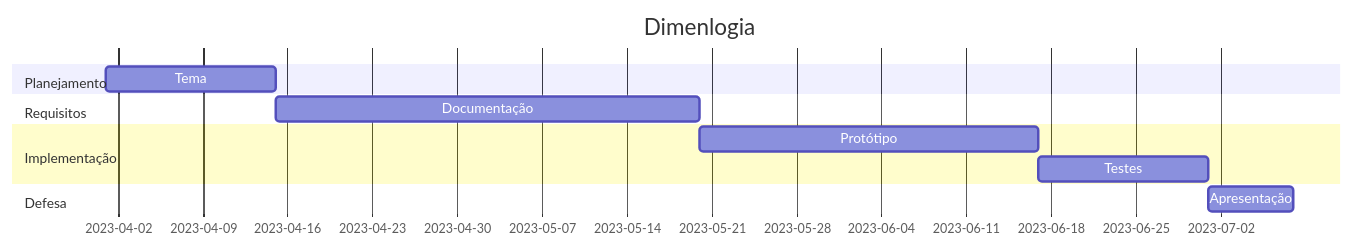
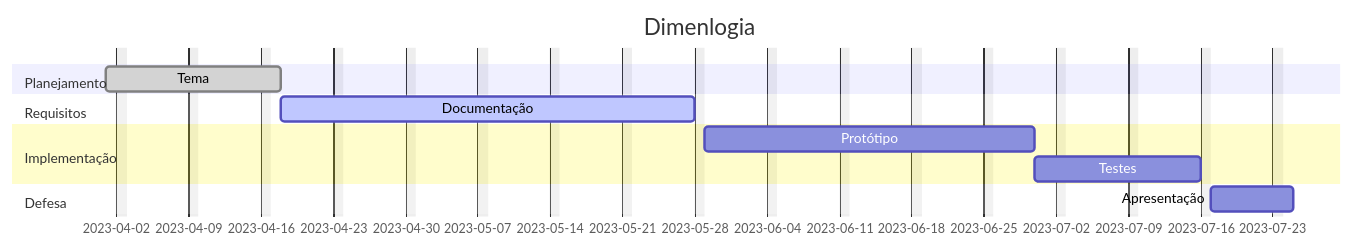
The diagram in README.md (marcilio-freitas27/projeto-integrador-2), drawn with Mermaid before and after one commit.

Commit message:
Correção

````diff
--- a/README.md
+++ b/README.md
@@ -7,19 +7,20 @@
 ```mermaid
     gantt
         title Dimenlogia
         dateFormat  YYYY-MM-DD
+        excludes    Sunday
 
         section Planejamento
-        Tema                        :a1, 2023-04-01, 14d
+        Tema                        :done ,a1 , 2023-04-01, 14d
 
         section Requisitos
-        Documentação                :b1, after a1  , 35d
+        Documentação                :active, b1, after a1  , 35d
 
         section Implementação
         Protótipo                   :c1, after b1, 28d
         Testes                      :c2, after c1, 14d
 
         section Defesa
-        Apresentação  :d1, after c2, 7d
+        Apresentação                :d1, after c2, 7d
 
 ```
````
